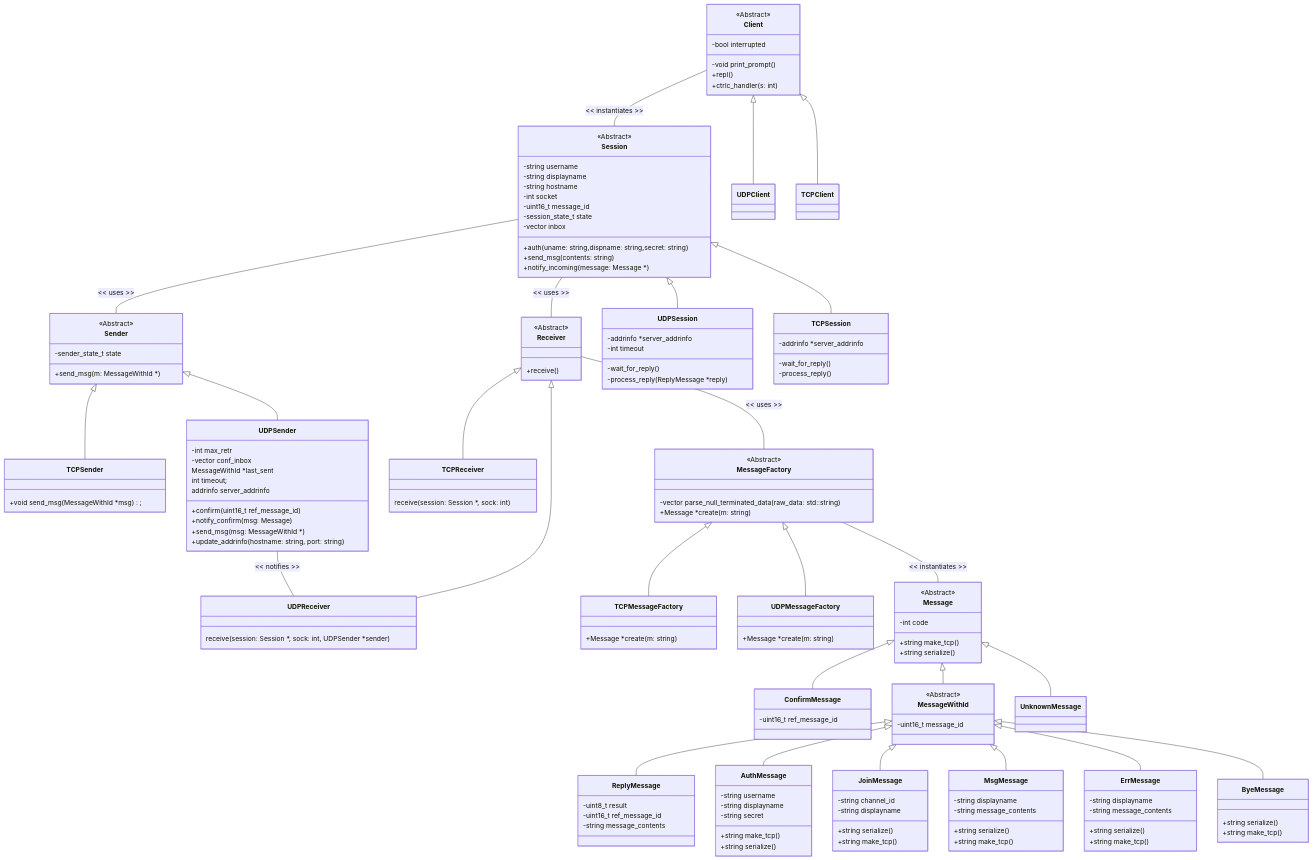
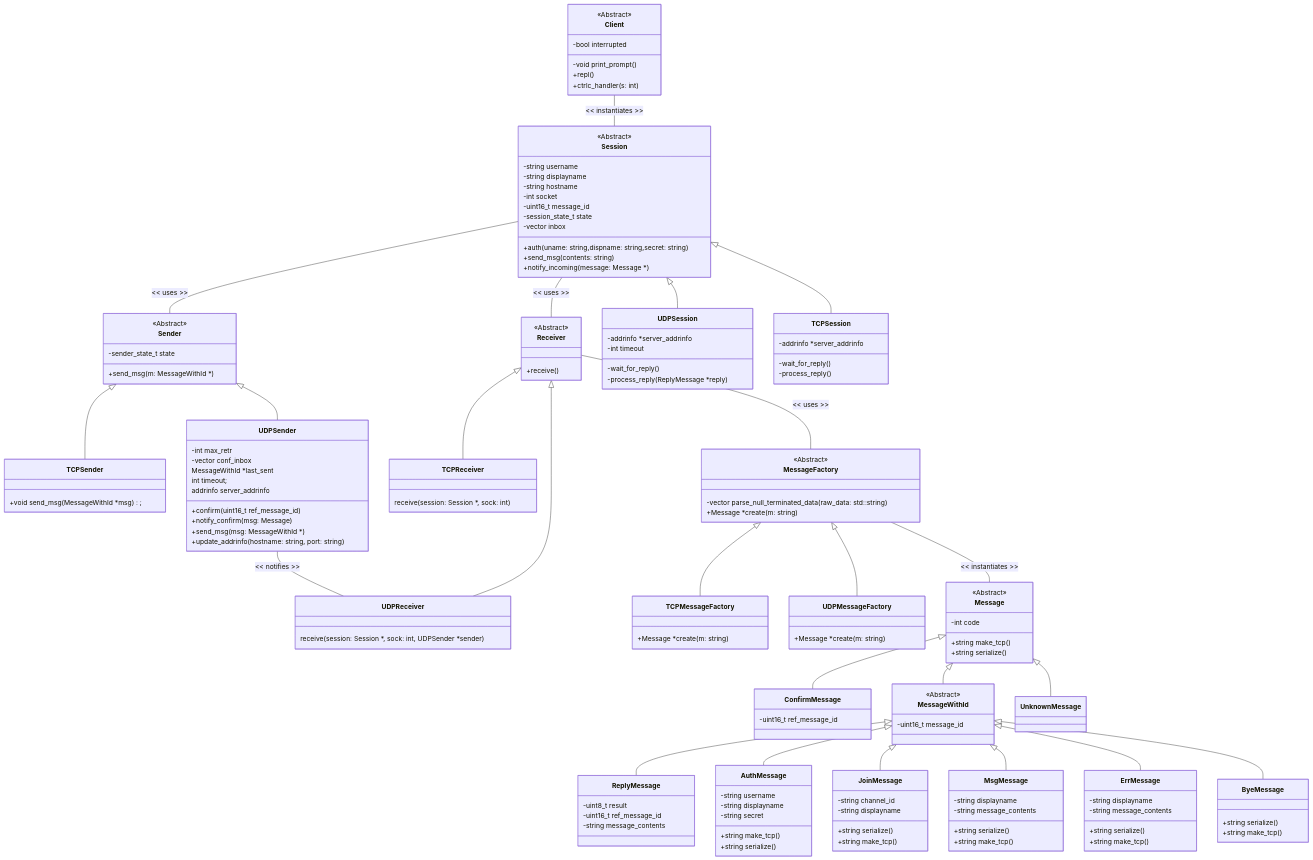
One commit to yahluo-dev/ipk-project-chat changed the diagram in README.md. Above: the diagram before and after it, drawn with Mermaid. The commit also changed other lines of this file, not shown here.

````diff
--- a/README.md
+++ b/README.md
@@ -316,7 +316,5 @@
   MessageFactory <|-- TCPMessageFactory
 
   <<Abstract>> Client
-  Client <|-- UDPClient
-  Client <|-- TCPClient
 
 ```
````
